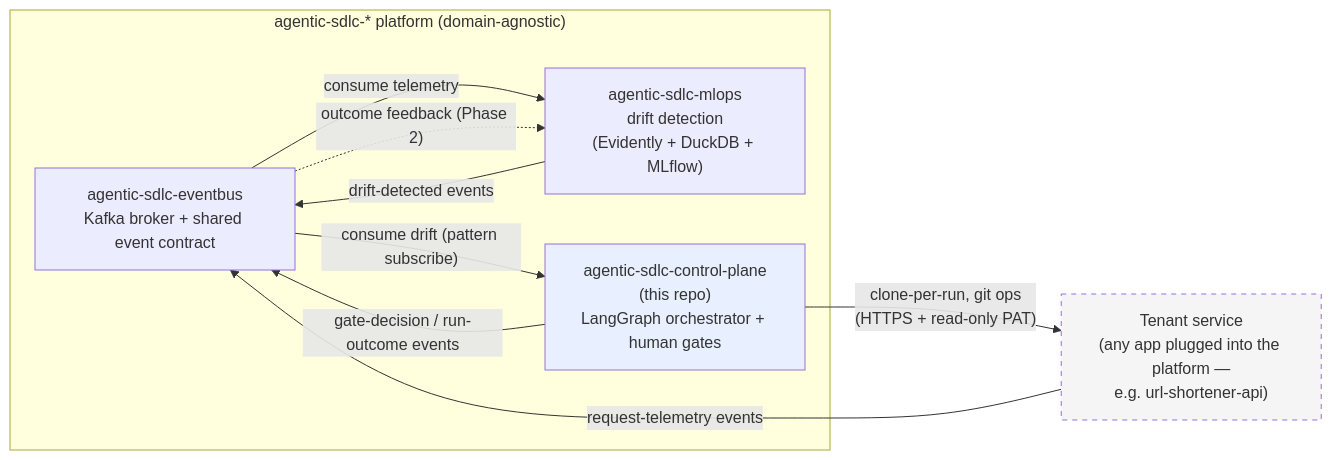
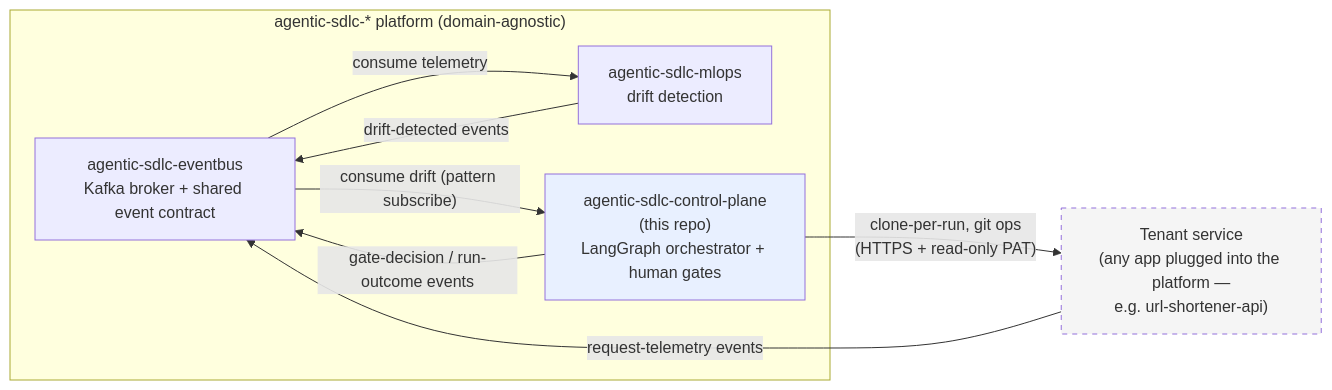
The first of 3 diagrams in README.md (jayakumard10/agentic-sdlc-control-plane), drawn with Mermaid before and after one commit. The commit also changed other lines of this file, not shown here.

````diff
--- a/README.md
+++ b/README.md
@@ -25,21 +19,20 @@
 ```mermaid
 flowchart LR
     subgraph platform["agentic-sdlc-* platform (domain-agnostic)"]
         EB["agentic-sdlc-eventbus<br/>Kafka broker + shared event contract"]
-        MLOPS["agentic-sdlc-mlops<br/>drift detection<br/>(Evidently + DuckDB + MLflow)"]
+        MLOPS["agentic-sdlc-mlops<br/>drift detection"]
         CP["agentic-sdlc-control-plane<br/>(this repo)<br/>LangGraph orchestrator + human gates"]
     end
 
     TENANT["Tenant service<br/>(any app plugged into the platform —<br/>e.g. url-shortener-api)"]
 
     TENANT -- "request-telemetry events" --> EB
     EB -- "consume telemetry" --> MLOPS
     MLOPS -- "drift-detected events" --> EB
     EB -- "consume drift (pattern subscribe)" --> CP
     CP -- "clone-per-run, git ops<br/>(HTTPS + read-only PAT)" --> TENANT
     CP -- "gate-decision / run-outcome events" --> EB
-    EB -. "outcome feedback (Phase 2)" .-> MLOPS
 
     style TENANT fill:#f5f5f5,stroke-dasharray: 5 5
     style CP fill:#e8f0ff
 ```
````
